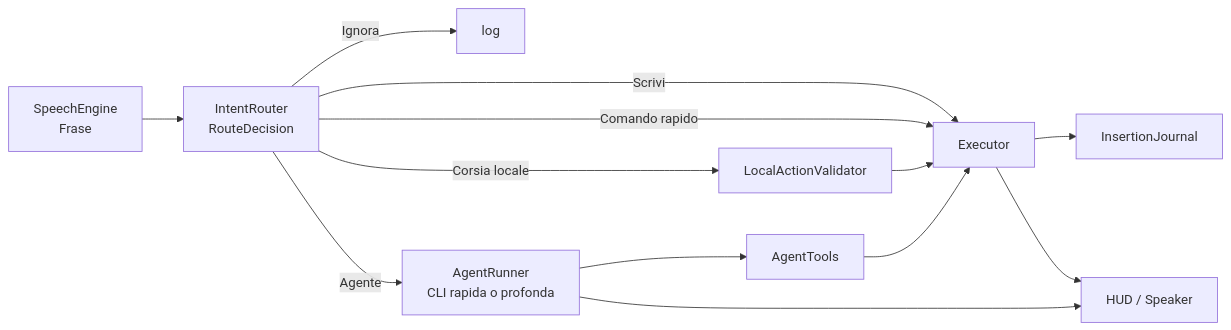
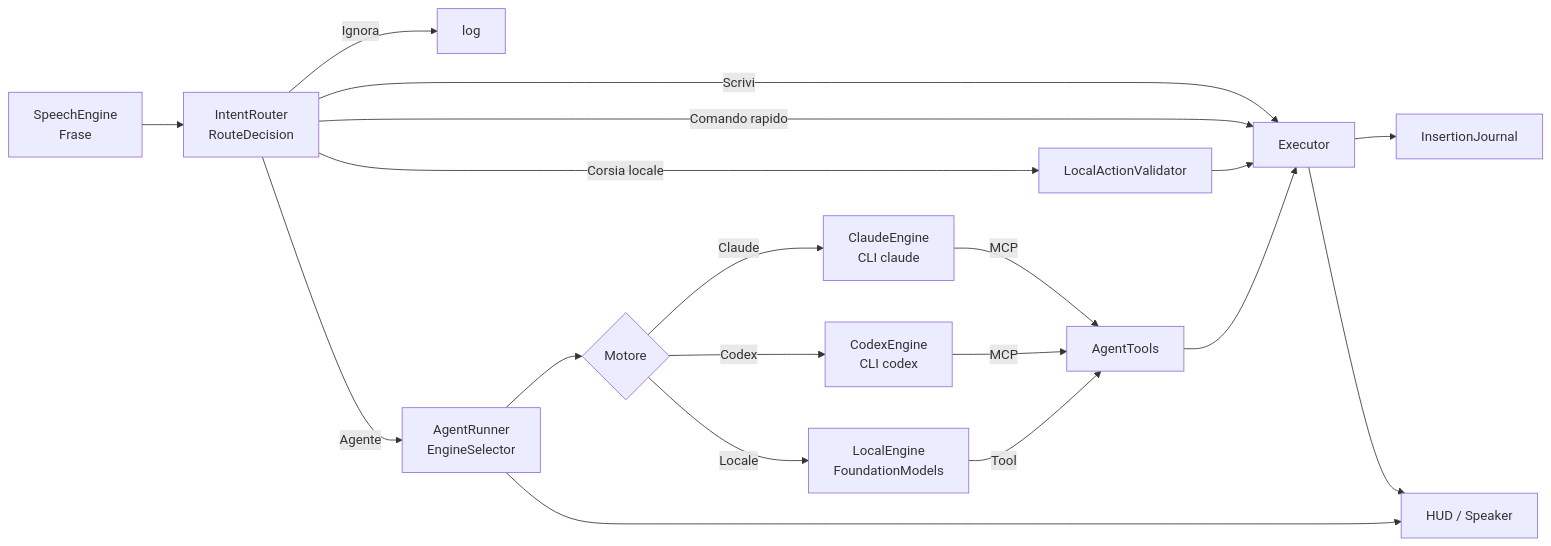
One commit to nicomil/mactalkact changed the first of 2 diagrams in _bmad-output/planning-artifacts/architecture/architecture-mactalkact-2026-10-26/ARCHITECTURE-SPINE.md. Above: the diagram before and after it, drawn with Mermaid. The commit also changed other lines of this file and 7 other files, not shown here.

First line of the commit message:
docs(bmad): Epic 4 e 5 — motori Codex/locale, catena di riserva, banco di prova

````diff
--- a/_bmad-output/planning-artifacts/architecture/architecture-mactalkact-2026-10-26/ARCHITECTURE-SPINE.md
+++ b/_bmad-output/planning-artifacts/architecture/architecture-mactalkact-2026-10-26/ARCHITECTURE-SPINE.md
@@ -25,12 +26,19 @@
 ```mermaid
 flowchart LR
   A[SpeechEngine<br/>Frase] --> R[IntentRouter<br/>RouteDecision]
   R -->|Ignora| X[log]
   R -->|Scrivi| E[Executor]
   R -->|Comando rapido| E
   R -->|Corsia locale| V[LocalActionValidator] --> E
-  R -->|Agente| G[AgentRunner<br/>CLI rapida o profonda] --> T[AgentTools] --> E
+  R -->|Agente| G[AgentRunner<br/>EngineSelector] --> M{Motore}
+  M -->|Claude| C1[ClaudeEngine<br/>CLI claude]
+  M -->|Codex| C2[CodexEngine<br/>CLI codex]
+  M -->|Locale| C3[LocalEngine<br/>FoundationModels]
+  C1 -->|MCP| T[AgentTools]
+  C2 -->|MCP| T
+  C3 -->|Tool| T
+  T --> E
   E --> J[InsertionJournal]
   E --> H[HUD / Speaker]
   G --> H
 ```
````
